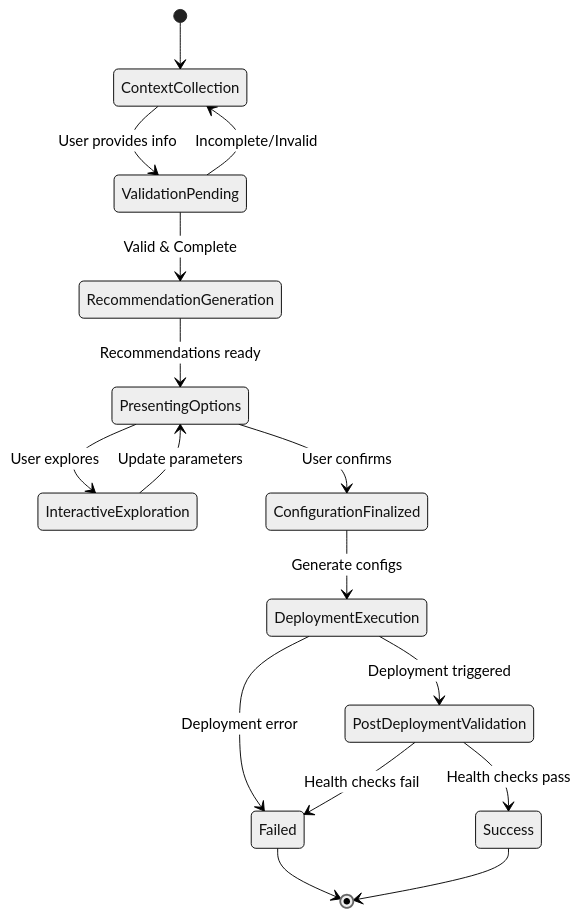
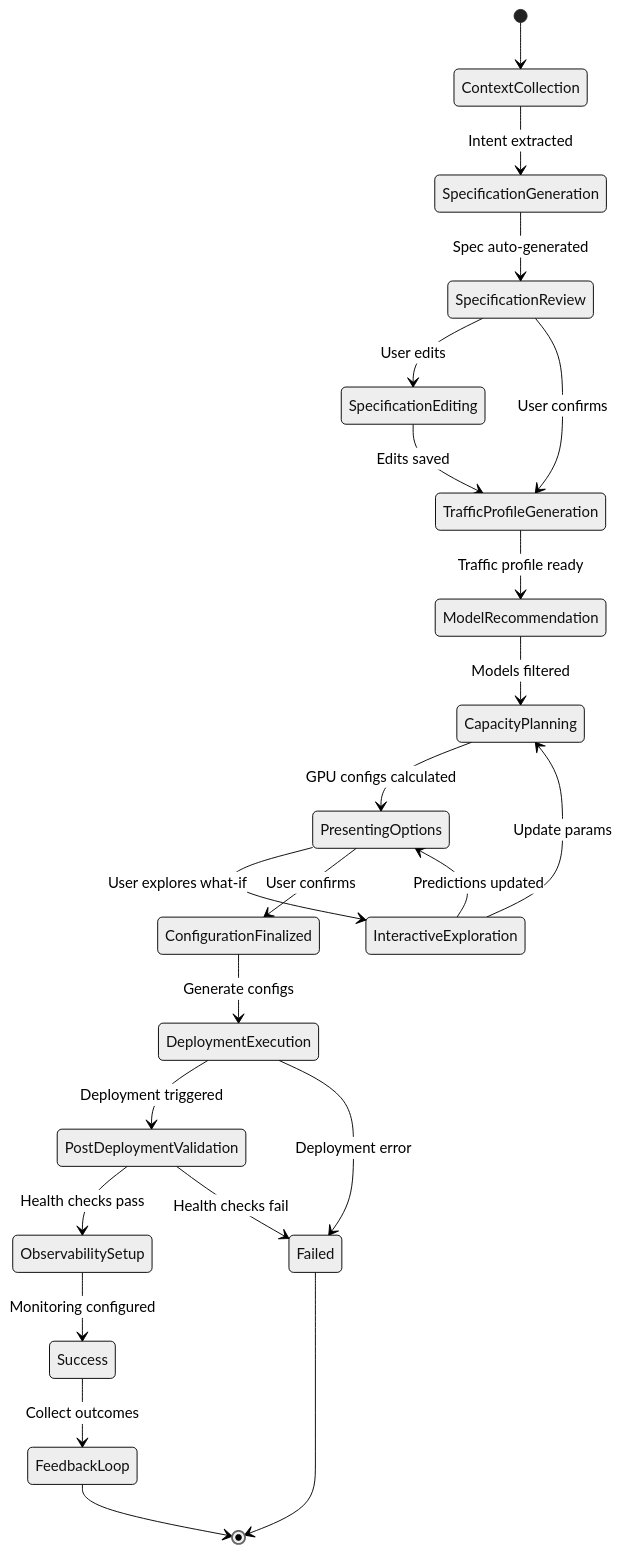
Before and after one commit to redhat-et/compass: the fourth of 5 diagrams in architecture-diagram.md, drawn with Mermaid (neutral theme). The commit also changed other lines of this file and 1 other file, not shown here.

First line of the commit message:
Add comprehensive SLO-driven deployment planning capabilities

````diff
--- a/architecture-diagram.md
+++ b/architecture-diagram.md
@@ -184,24 +262,34 @@
 ```mermaid
 stateDiagram-v2
     [*] --> ContextCollection
 
-    ContextCollection --> ValidationPending: User provides info
-    ValidationPending --> ContextCollection: Incomplete/Invalid
-    ValidationPending --> RecommendationGeneration: Valid & Complete
+    ContextCollection --> SpecificationGeneration: Intent extracted
+    SpecificationGeneration --> SpecificationReview: Spec auto-generated
 
-    RecommendationGeneration --> PresentingOptions: Recommendations ready
-    PresentingOptions --> InteractiveExploration: User explores
+    SpecificationReview --> SpecificationEditing: User edits
+    SpecificationReview --> TrafficProfileGeneration: User confirms
+    SpecificationEditing --> TrafficProfileGeneration: Edits saved
+
+    TrafficProfileGeneration --> ModelRecommendation: Traffic profile ready
+    ModelRecommendation --> CapacityPlanning: Models filtered
+    CapacityPlanning --> PresentingOptions: GPU configs calculated
+
+    PresentingOptions --> InteractiveExploration: User explores what-if
     PresentingOptions --> ConfigurationFinalized: User confirms
 
-    InteractiveExploration --> PresentingOptions: Update parameters
+    InteractiveExploration --> CapacityPlanning: Update params
+    InteractiveExploration --> PresentingOptions: Predictions updated
 
     ConfigurationFinalized --> DeploymentExecution: Generate configs
     DeploymentExecution --> PostDeploymentValidation: Deployment triggered
     DeploymentExecution --> Failed: Deployment error
 
-    PostDeploymentValidation --> Success: Health checks pass
+    PostDeploymentValidation --> ObservabilitySetup: Health checks pass
     PostDeploymentValidation --> Failed: Health checks fail
 
+    ObservabilitySetup --> Success: Monitoring configured
+    Success --> FeedbackLoop: Collect outcomes
+    FeedbackLoop --> [*]
+
     Failed --> [*]
-    Success --> [*]
 ```
````
